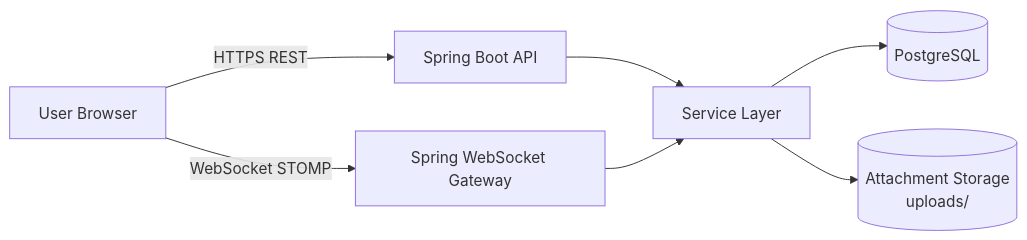
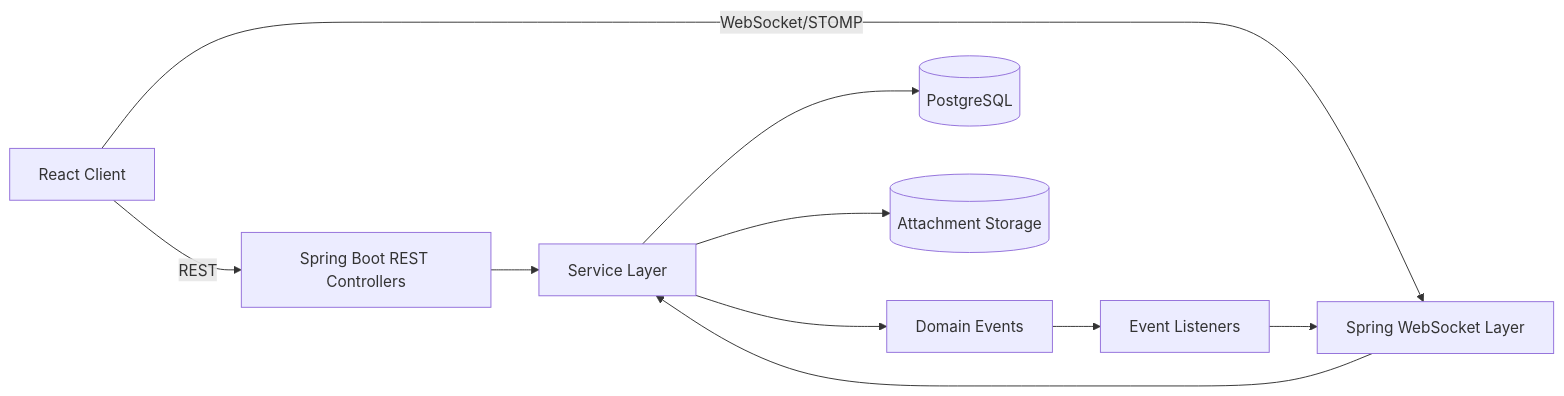
One commit to NiranjanS8/Whisprly changed the first of 4 diagrams in ARCHITECTURE.md. Above: the diagram before and after it, drawn with Mermaid. The commit also changed other lines of this file, not shown here.

Commit message:
ARCHITECTURE updated

````diff
--- a/ARCHITECTURE.md
+++ b/ARCHITECTURE.md
@@ -5,9 +16,12 @@
 ```mermaid
 flowchart LR
-    U[User Browser] -->|HTTPS REST| API[Spring Boot API]
-    U -->|WebSocket STOMP| WS[Spring WebSocket Gateway]
+    UI[React Client] -->|REST| API[Spring Boot REST Controllers]
+    UI -->|WebSocket/STOMP| WS[Spring WebSocket Layer]
     API --> SVC[Service Layer]
     WS --> SVC
+    SVC --> EVT[Domain Events]
+    EVT --> LST[Event Listeners]
     SVC --> DB[(PostgreSQL)]
-    SVC --> FS[(Attachment Storage<br/>uploads/)]
+    SVC --> FS[(Attachment Storage)]
+    LST --> WS
 ```
````
